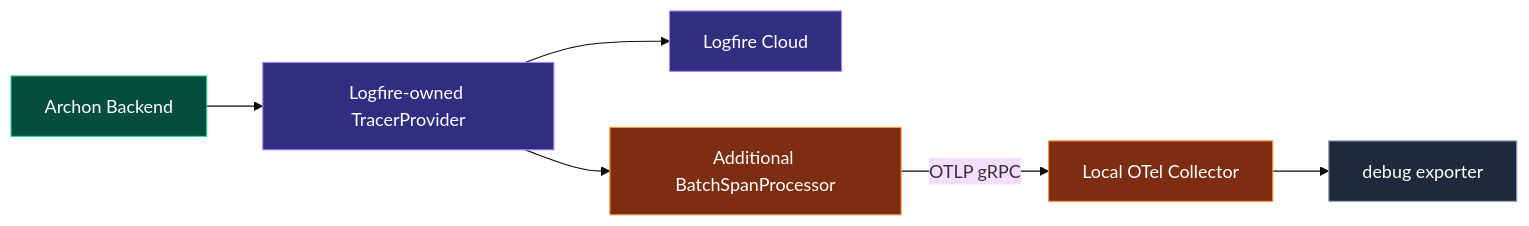
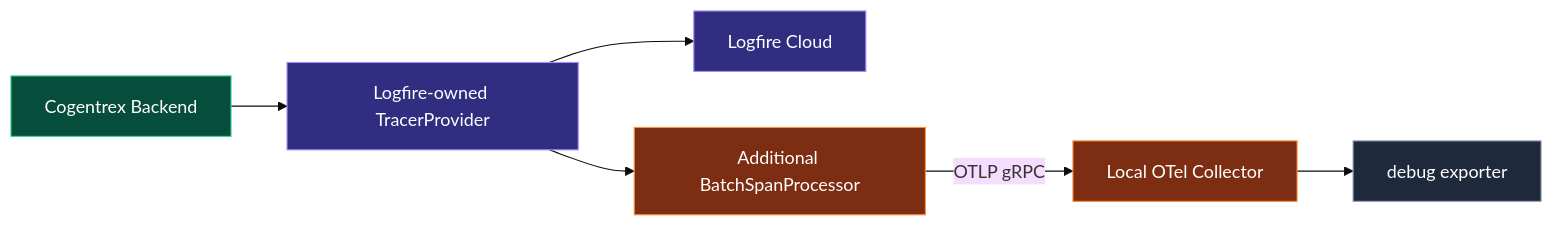
The second of 9 diagrams in .hermes/plans/2026-09-07_145149-vendor-neutral-otel-destination-switching.md (levalencia/archon), drawn with Mermaid (base theme) before and after one commit. The commit also changed other lines of this file and 414 other files, not shown here.

First line of the commit message:
feat: rebrand Archon as Cogentrex

````diff
--- a/.hermes/plans/2026-09-07_145149-vendor-neutral-otel-destination-switching.md
+++ b/.hermes/plans/2026-09-07_145149-vendor-neutral-otel-destination-switching.md
@@ -117,15 +117,15 @@
 ```mermaid
 flowchart LR
-    A[Archon Backend] --> P[Logfire-owned TracerProvider]
+    A[Cogentrex Backend] --> P[Logfire-owned TracerProvider]
     P --> L[Logfire Cloud]
     P --> B[Additional BatchSpanProcessor]
     B -->|OTLP gRPC| C[Local OTel Collector]
     C --> D[debug exporter]
 
     style A fill:#064e3b,stroke:#34d399,color:#fff
     style P fill:#312e81,stroke:#a78bfa,color:#fff
     style L fill:#312e81,stroke:#a78bfa,color:#fff
     style B fill:#7c2d12,stroke:#fb923c,color:#fff
     style C fill:#7c2d12,stroke:#fb923c,color:#fff
     style D fill:#1e293b,stroke:#94a3b8,color:#fff
 ```
````
